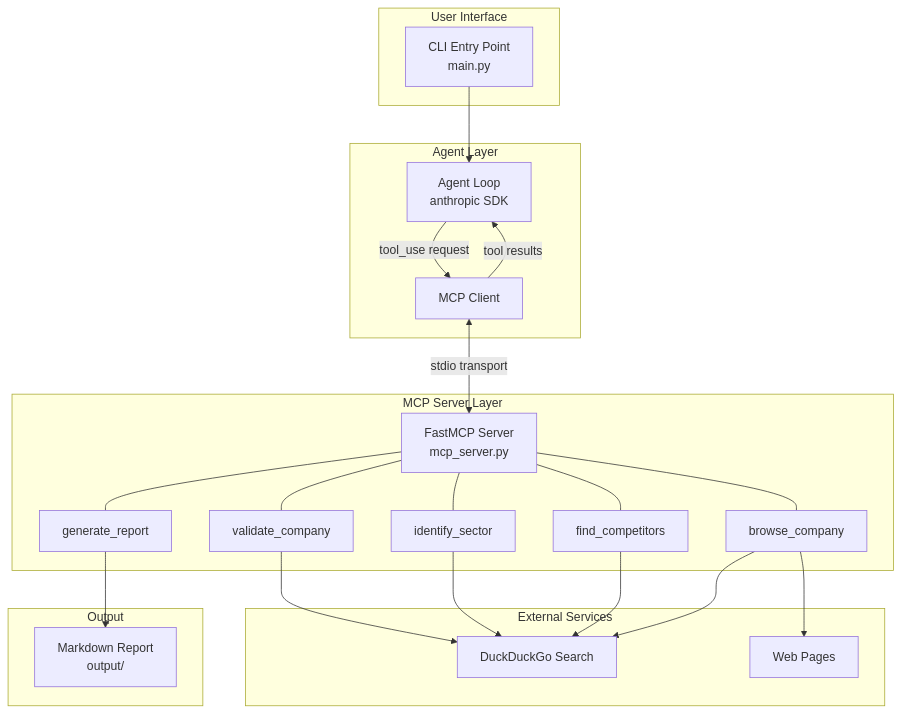
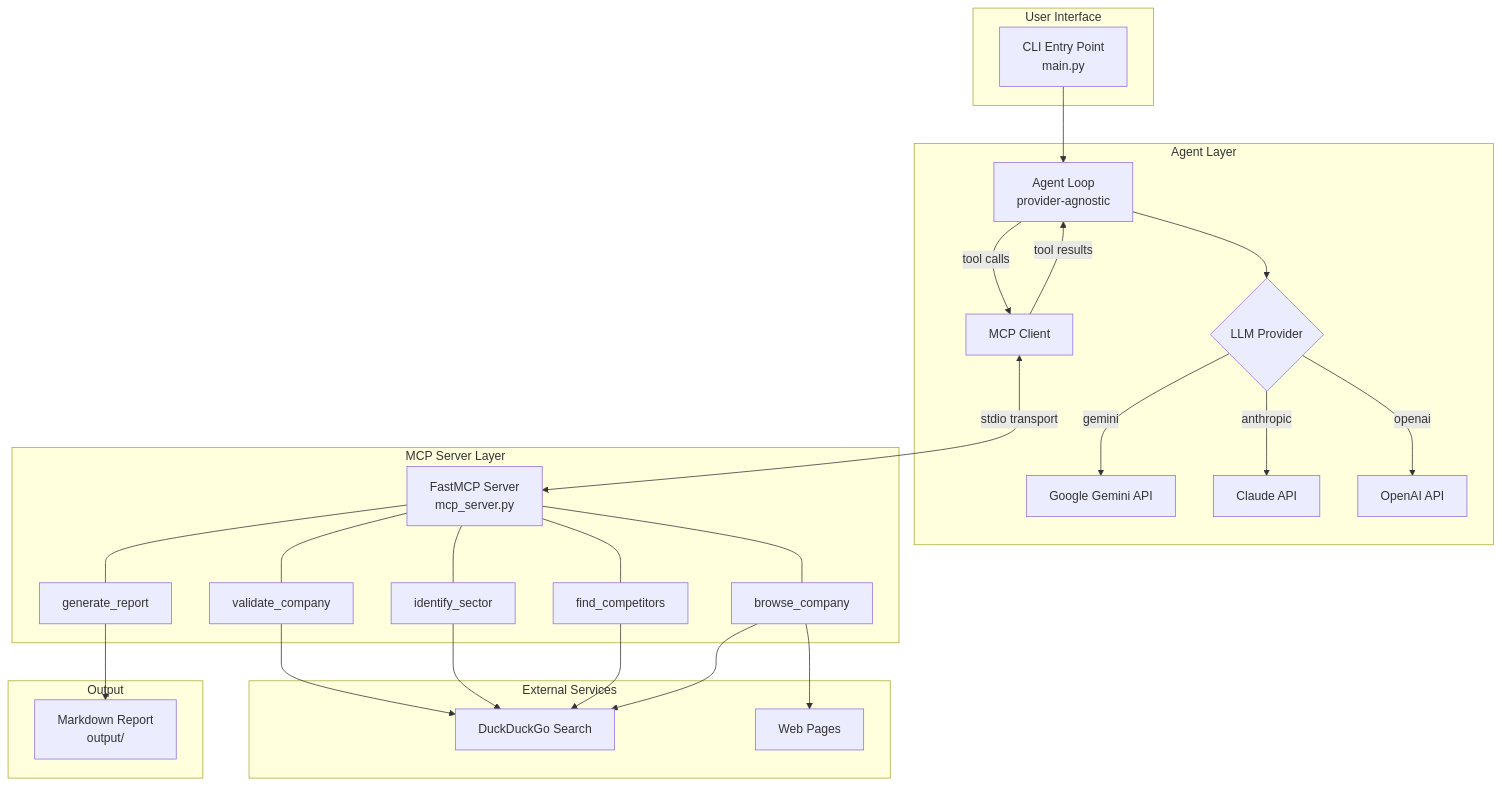
Before and after one commit to mondweep/vibe-cast: the first of 7 diagrams in input/technical-architecture.md, drawn with Mermaid. The commit also changed other lines of this file and 1 other file, not shown here.

First line of the commit message:
Add multi-provider LLM support (Gemini/Claude/OpenAI)

````diff
--- a/input/technical-architecture.md
+++ b/input/technical-architecture.md
@@ -21,39 +21,43 @@
 ```mermaid
 graph TB
     subgraph User Interface
         CLI[CLI Entry Point<br/>main.py]
     end
 
     subgraph Agent Layer
-        AL[Agent Loop<br/>anthropic SDK]
-        AL -->|tool_use request| MC[MCP Client]
+        AL[Agent Loop<br/>provider-agnostic]
+        AL --> LLM{LLM Provider}
+        LLM -->|gemini| G[Google Gemini API]
+        LLM -->|anthropic| C[Claude API]
+        LLM -->|openai| O[OpenAI API]
+        AL -->|tool calls| MC[MCP Client]
         MC -->|tool results| AL
     end
 
     subgraph MCP Server Layer
         FS[FastMCP Server<br/>mcp_server.py]
         FS --- T1[validate_company]
         FS --- T2[identify_sector]
         FS --- T3[find_competitors]
         FS --- T4[browse_company]
         FS --- T5[generate_report]
     end
 
     subgraph External Services
         DDG[DuckDuckGo Search]
         WEB[Web Pages]
     end
 
     subgraph Output
         RPT[Markdown Report<br/>output/]
     end
 
     CLI --> AL
     MC <-->|stdio transport| FS
     T1 --> DDG
     T2 --> DDG
     T3 --> DDG
     T4 --> DDG
     T4 --> WEB
     T5 --> RPT
 ```
````
